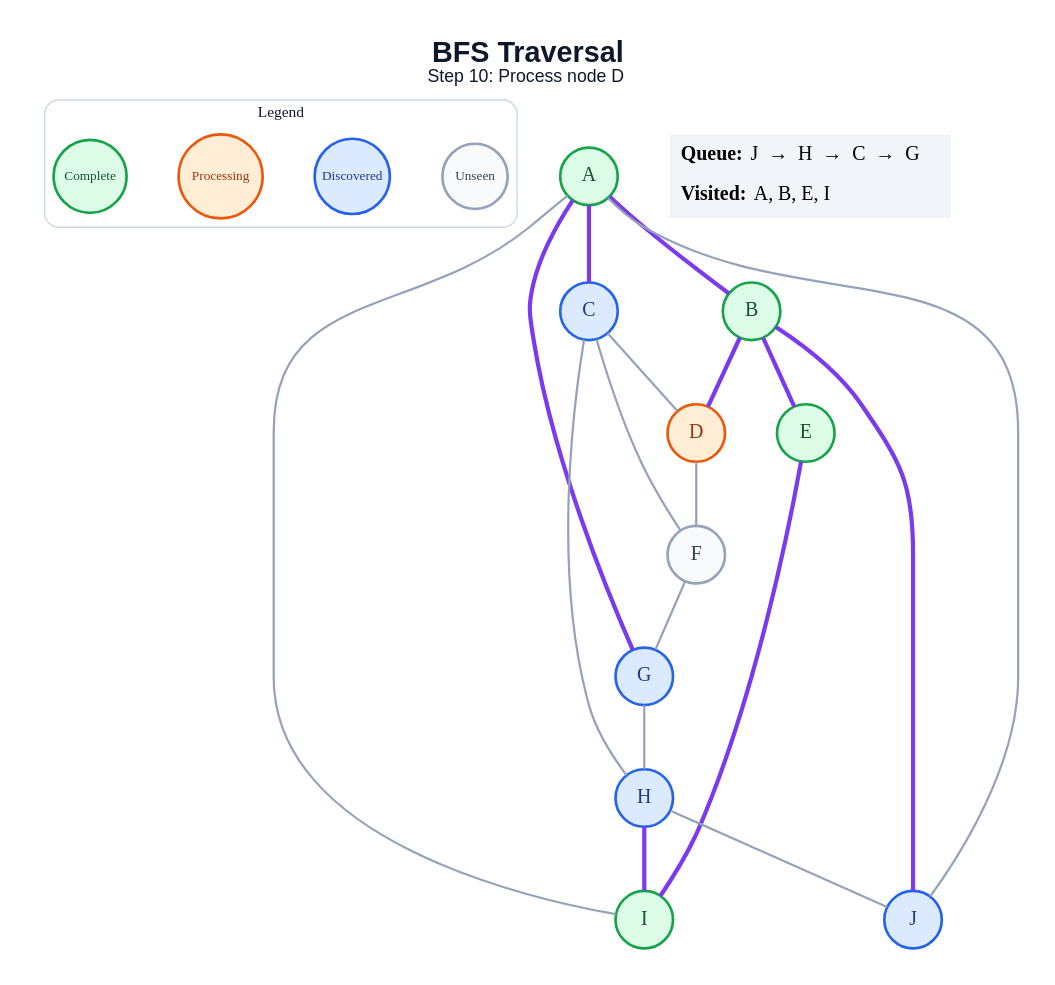
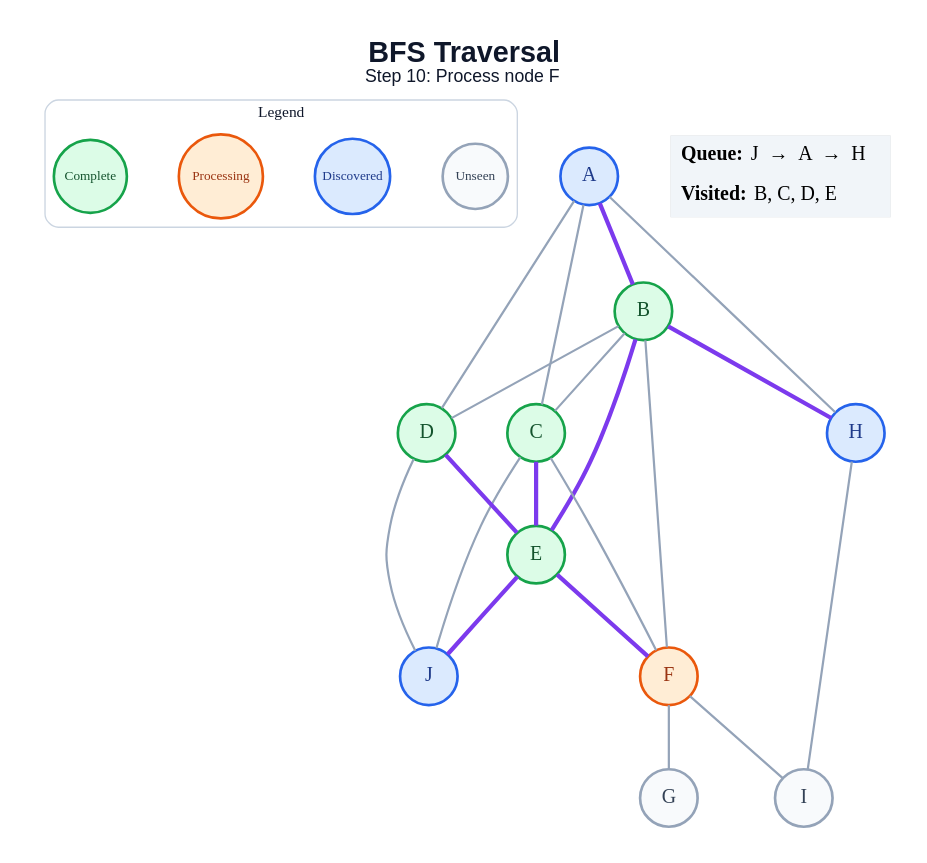
One commit to amanghodawala9/ai-slop changed the diagram in generated/specific-node/bfs/step_10.dot. Above: the diagram before and after it, drawn with Graphviz. The commit also changed 178 other files, not shown here.

```diff
--- a/generated/specific-node/bfs/step_10.dot
+++ b/generated/specific-node/bfs/step_10.dot
@@ -1,46 +1,48 @@
 graph traversal {
   graph [layout=dot, rankdir=TB, bgcolor="#FFFFFF", pad="0.35", nodesep="0.65", ranksep="0.8", fontname="Arial"];
   node [shape=circle, style="filled", fontname="Arial Bold", fontsize=18, width=0.72, fixedsize=true, penwidth=2.4];
   edge [color="#94A3B8", penwidth=2.0];
-  label=<<B>BFS Traversal</B><BR/><FONT POINT-SIZE="16">Step 10: Process node D</FONT>>; labelloc="t"; fontsize=26; fontname="Arial"; fontcolor="#0F172A";
+  label=<<B>BFS Traversal</B><BR/><FONT POINT-SIZE="16">Step 10: Process node F</FONT>>; labelloc="t"; fontsize=26; fontname="Arial"; fontcolor="#0F172A";
   subgraph cluster_legend { label="Legend"; color="#CBD5E1"; penwidth=1.2; style="rounded"; fontsize=14; fontname="Arial Bold";
     key_unseen [label="Unseen", fillcolor="#F8FAFC", color="#94A3B8", fontcolor="#334155", fontsize=12, width=0.82];
     key_frontier [label="Discovered", fillcolor="#DBEAFE", color="#2563EB", fontcolor="#1E3A8A", fontsize=12, width=0.95];
     key_current [label="Processing", fillcolor="#FFEDD5", color="#EA580C", fontcolor="#9A3412", fontsize=12, width=1.05];
     key_done [label="Complete", fillcolor="#DCFCE7", color="#16A34A", fontcolor="#14532D", fontsize=12, width=0.92];
     { rank=same; key_unseen; key_frontier; key_current; key_done; }
   }
-  A [fillcolor="#DCFCE7", color="#16A34A", fontcolor="#14532D"];
+  A [fillcolor="#DBEAFE", color="#2563EB", fontcolor="#1E3A8A"];
   B [fillcolor="#DCFCE7", color="#16A34A", fontcolor="#14532D"];
-  C [fillcolor="#DBEAFE", color="#2563EB", fontcolor="#1E3A8A"];
-  D [fillcolor="#FFEDD5", color="#EA580C", fontcolor="#9A3412"];
+  C [fillcolor="#DCFCE7", color="#16A34A", fontcolor="#14532D"];
+  D [fillcolor="#DCFCE7", color="#16A34A", fontcolor="#14532D"];
   E [fillcolor="#DCFCE7", color="#16A34A", fontcolor="#14532D"];
-  F [fillcolor="#F8FAFC", color="#94A3B8", fontcolor="#334155"];
-  G [fillcolor="#DBEAFE", color="#2563EB", fontcolor="#1E3A8A"];
+  F [fillcolor="#FFEDD5", color="#EA580C", fontcolor="#9A3412"];
+  G [fillcolor="#F8FAFC", color="#94A3B8", fontcolor="#334155"];
   H [fillcolor="#DBEAFE", color="#2563EB", fontcolor="#1E3A8A"];
-  I [fillcolor="#DCFCE7", color="#16A34A", fontcolor="#14532D"];
+  I [fillcolor="#F8FAFC", color="#94A3B8", fontcolor="#334155"];
   J [fillcolor="#DBEAFE", color="#2563EB", fontcolor="#1E3A8A"];
   A -- B [color="#7C3AED", penwidth=3.8];
-  A -- C [color="#7C3AED", penwidth=3.8];
-  A -- G [color="#7C3AED", penwidth=3.8];
-  A -- I;
-  A -- J;
-  B -- D [color="#7C3AED", penwidth=3.8];
+  A -- C;
+  A -- D;
+  A -- H;
+  B -- C;
+  B -- D;
   B -- E [color="#7C3AED", penwidth=3.8];
-  B -- J [color="#7C3AED", penwidth=3.8];
-  C -- D;
+  B -- F;
+  B -- H [color="#7C3AED", penwidth=3.8];
+  C -- E [color="#7C3AED", penwidth=3.8];
   C -- F;
-  C -- H;
-  D -- F;
-  E -- I [color="#7C3AED", penwidth=3.8];
+  C -- J;
+  D -- E [color="#7C3AED", penwidth=3.8];
+  D -- J;
+  E -- F [color="#7C3AED", penwidth=3.8];
+  E -- J [color="#7C3AED", penwidth=3.8];
   F -- G;
-  G -- H;
-  H -- I [color="#7C3AED", penwidth=3.8];
-  H -- J;
+  F -- I;
+  H -- I;
   status [shape=plain, fixedsize=false, width=0, height=0, margin=0, label=<
     <TABLE BORDER="0" CELLBORDER="0" CELLPADDING="7" BGCOLOR="#F1F5F9">
-      <TR><TD ALIGN="LEFT"><B>Queue:</B> J  →  H  →  C  →  G</TD></TR>
-      <TR><TD ALIGN="LEFT"><B>Visited:</B> A, B, E, I</TD></TR>
+      <TR><TD ALIGN="LEFT"><B>Queue:</B> J  →  A  →  H</TD></TR>
+      <TR><TD ALIGN="LEFT"><B>Visited:</B> B, C, D, E</TD></TR>
     </TABLE>
   >];
 }
```
